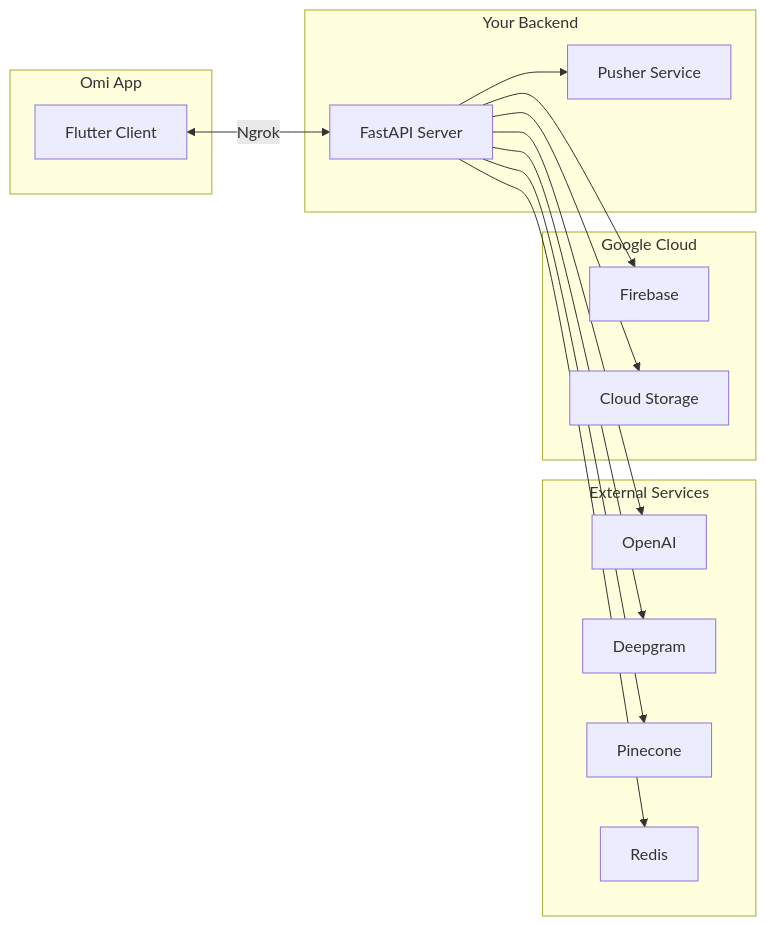
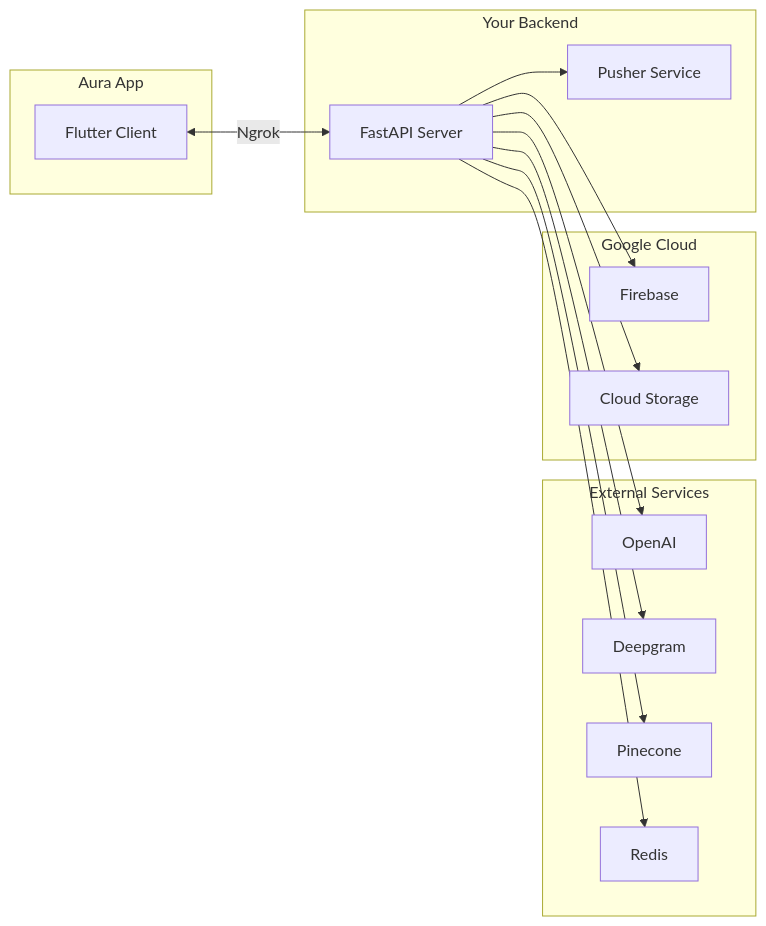
The diagram in docs/doc/developer/backend/Backend_Setup.mdx (thesohamdatta/Aura-Wearable-AI), drawn with Mermaid before and after one commit. The commit also changed other lines of this file and 161 other files, not shown here.

Commit message:
chore: sanitize Omi branding to Aura across repository

````diff
--- a/docs/doc/developer/backend/Backend_Setup.mdx
+++ b/docs/doc/developer/backend/Backend_Setup.mdx
@@ -10,32 +10,32 @@
 ```mermaid
 flowchart LR
     subgraph External["External Services"]
         OAI[OpenAI]
         DG[Deepgram]
         Pine[Pinecone]
         Redis[Redis]
     end
 
     subgraph Google["Google Cloud"]
         FB[Firebase]
         GCS[Cloud Storage]
     end
 
     subgraph Backend["Your Backend"]
         API[FastAPI Server]
         Push[Pusher Service]
     end
 
-    subgraph App["Omi App"]
+    subgraph App["Aura App"]
         Flutter[Flutter Client]
     end
 
     Flutter <-->|Ngrok| API
     API --> OAI
     API --> DG
     API --> Pine
     API --> Redis
     API --> FB
     API --> GCS
     API --> Push
 ```
````
